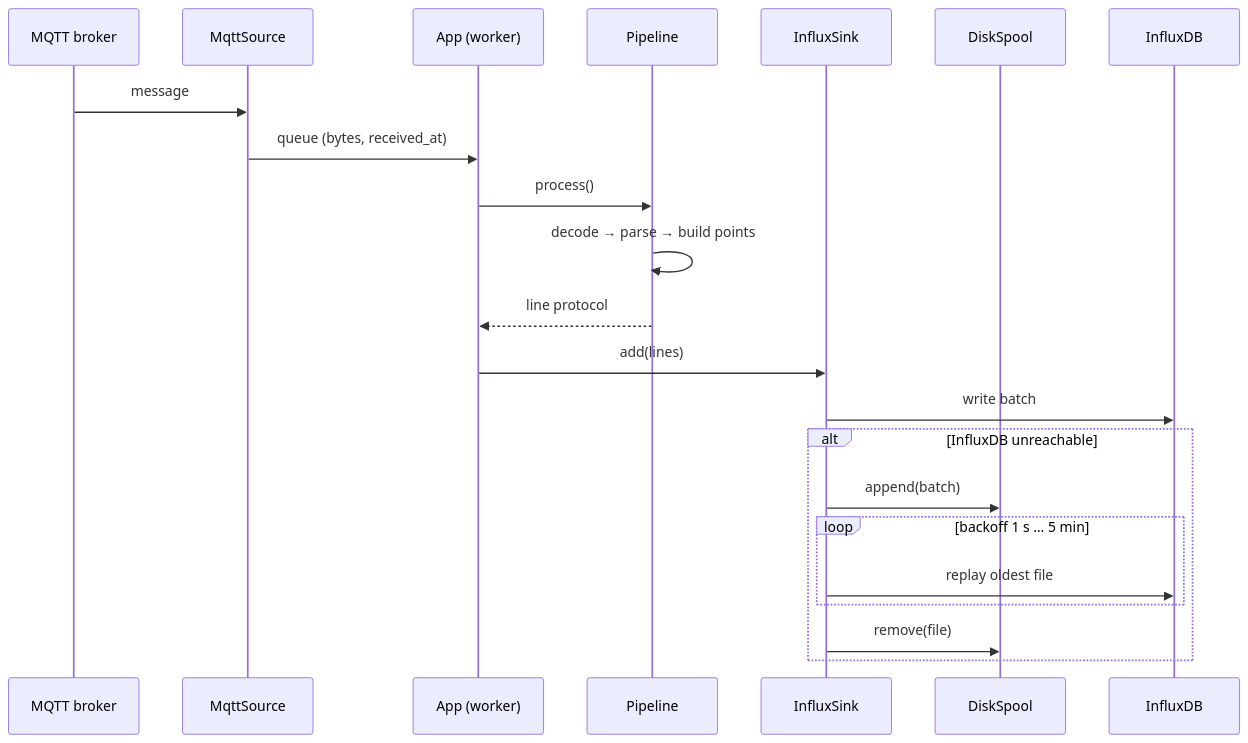
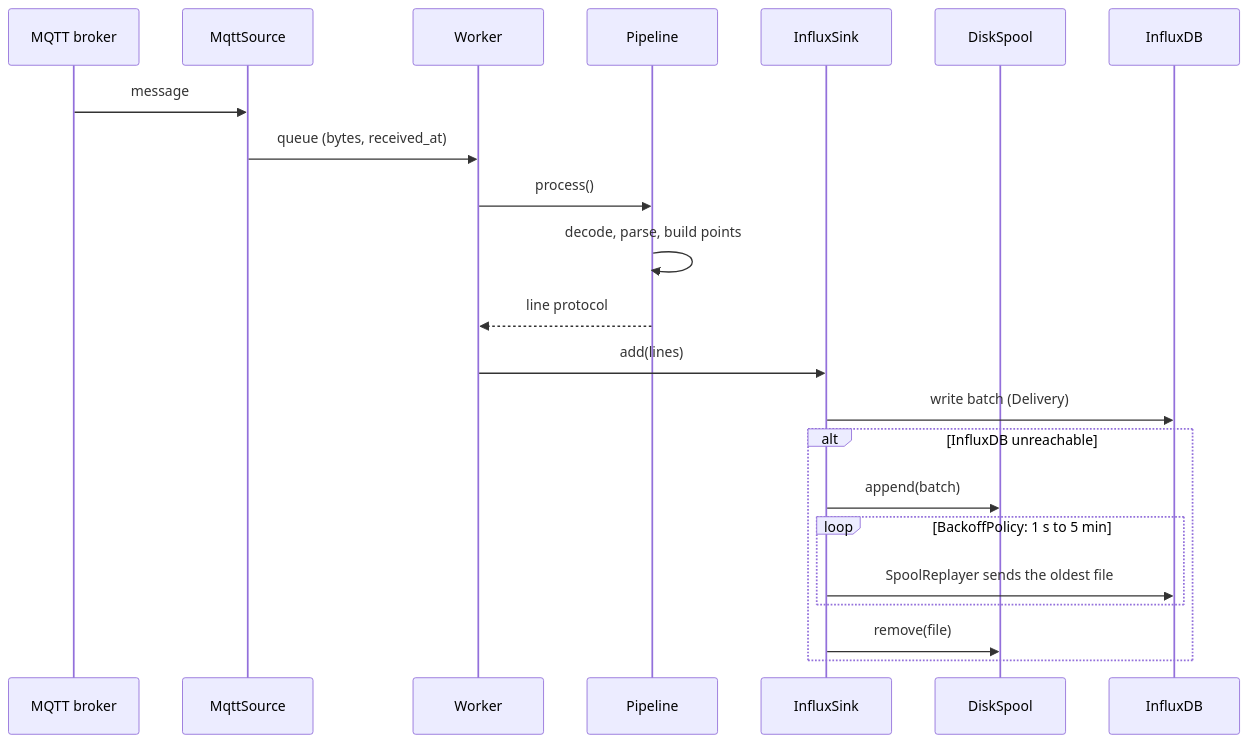
The sixth of 6 diagrams in doc/class-diagram.md (AvansETI/emon2influx-parser), drawn with Mermaid before and after one commit. The commit also changed other lines of this file and 36 other files, not shown here.

````diff
--- a/doc/class-diagram.md
+++ b/doc/class-diagram.md
@@ -305,25 +315,25 @@
 ```mermaid
 sequenceDiagram
     participant B as MQTT broker
     participant S as MqttSource
-    participant A as App (worker)
+    participant W as Worker
     participant P as Pipeline
     participant K as InfluxSink
     participant D as DiskSpool
     participant I as InfluxDB
 
     B->>S: message
-    S->>A: queue (bytes, received_at)
-    A->>P: process()
-    P->>P: decode → parse → build points
-    P-->>A: line protocol
-    A->>K: add(lines)
-    K->>I: write batch
+    S->>W: queue (bytes, received_at)
+    W->>P: process()
+    P->>P: decode, parse, build points
+    P-->>W: line protocol
+    W->>K: add(lines)
+    K->>I: write batch (Delivery)
     alt InfluxDB unreachable
         K->>D: append(batch)
-        loop backoff 1 s … 5 min
-            K->>I: replay oldest file
+        loop BackoffPolicy: 1 s to 5 min
+            K->>I: SpoolReplayer sends the oldest file
         end
         K->>D: remove(file)
     end
 ```
````
